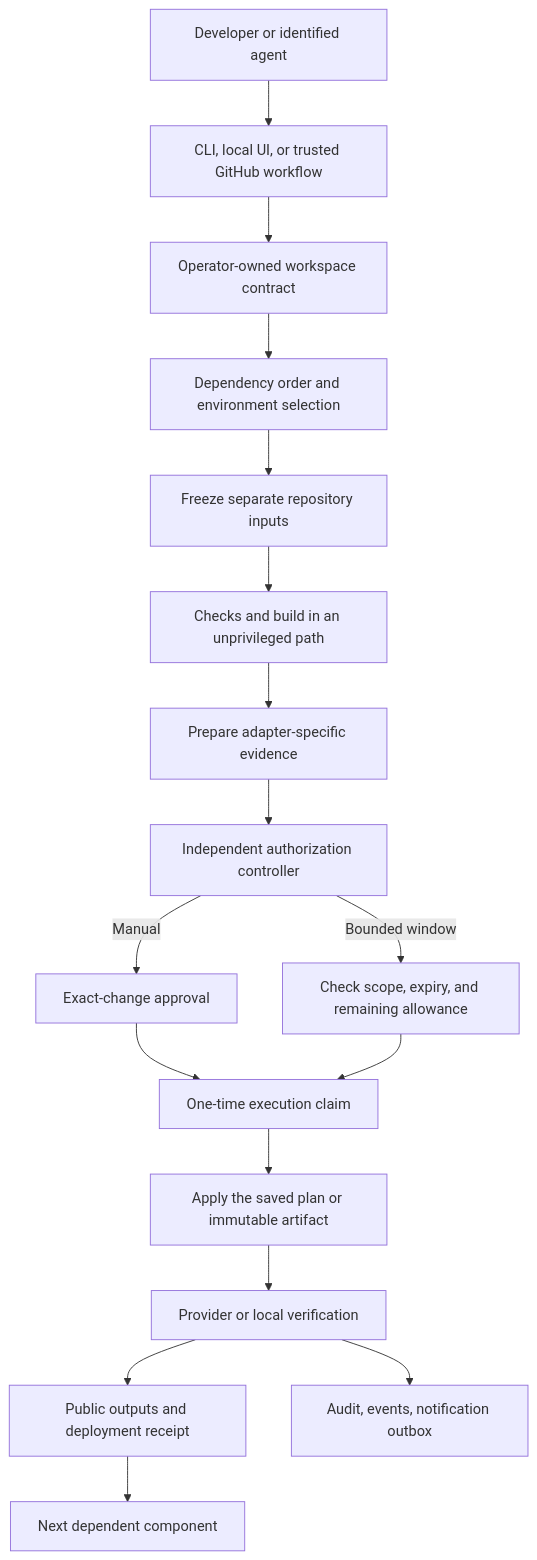
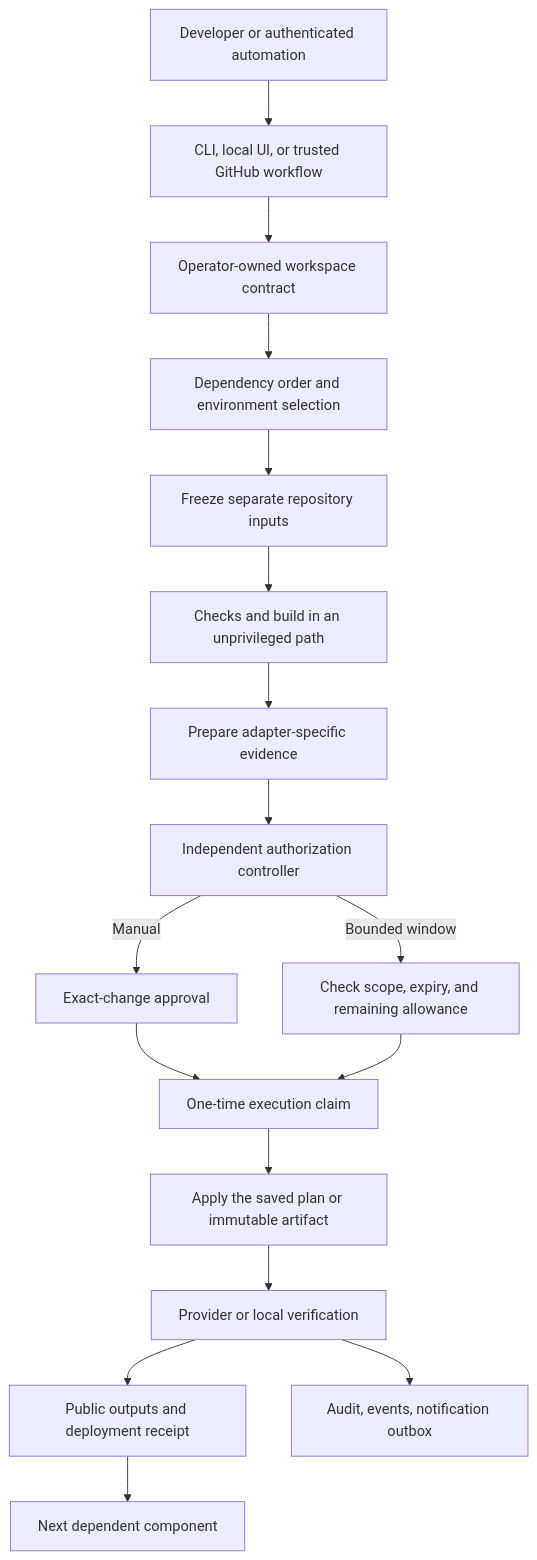
One commit to neon1llc/deploy-ops changed the first of 3 diagrams in docs/architecture.md. Above: the diagram before and after it, drawn with Mermaid. The commit also changed 39 other files, not shown here.

````diff
--- a/docs/architecture.md
+++ b/docs/architecture.md
@@ -7,19 +7,19 @@
 ```mermaid
 flowchart TD
-  Human[Developer or identified agent] --> Trigger[CLI, local UI, or trusted GitHub workflow]
+  Human[Developer or authenticated automation] --> Trigger[CLI, local UI, or trusted GitHub workflow]
   Trigger --> Workspace[Operator-owned workspace contract]
   Workspace --> Graph[Dependency order and environment selection]
   Graph --> Source[Freeze separate repository inputs]
   Source --> Build[Checks and build in an unprivileged path]
   Build --> Plan[Prepare adapter-specific evidence]
   Plan --> Policy[Independent authorization controller]
   Policy -->|Manual| Review[Exact-change approval]
   Policy -->|Bounded window| Grant[Check scope, expiry, and remaining allowance]
   Review --> Claim[One-time execution claim]
   Grant --> Claim
   Claim --> Apply[Apply the saved plan or immutable artifact]
   Apply --> Verify[Provider or local verification]
   Verify --> Outputs[Public outputs and deployment receipt]
   Outputs --> Next[Next dependent component]
   Verify --> Audit[Audit, events, notification outbox]
 ```
````
